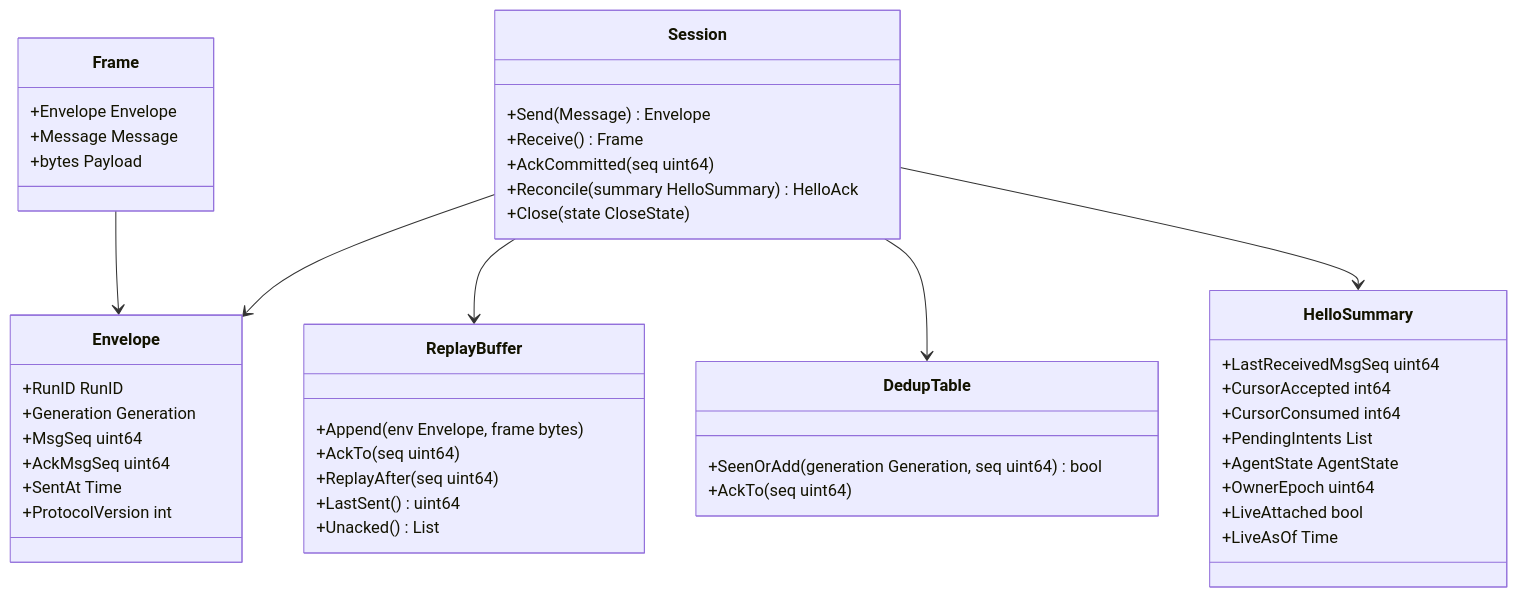
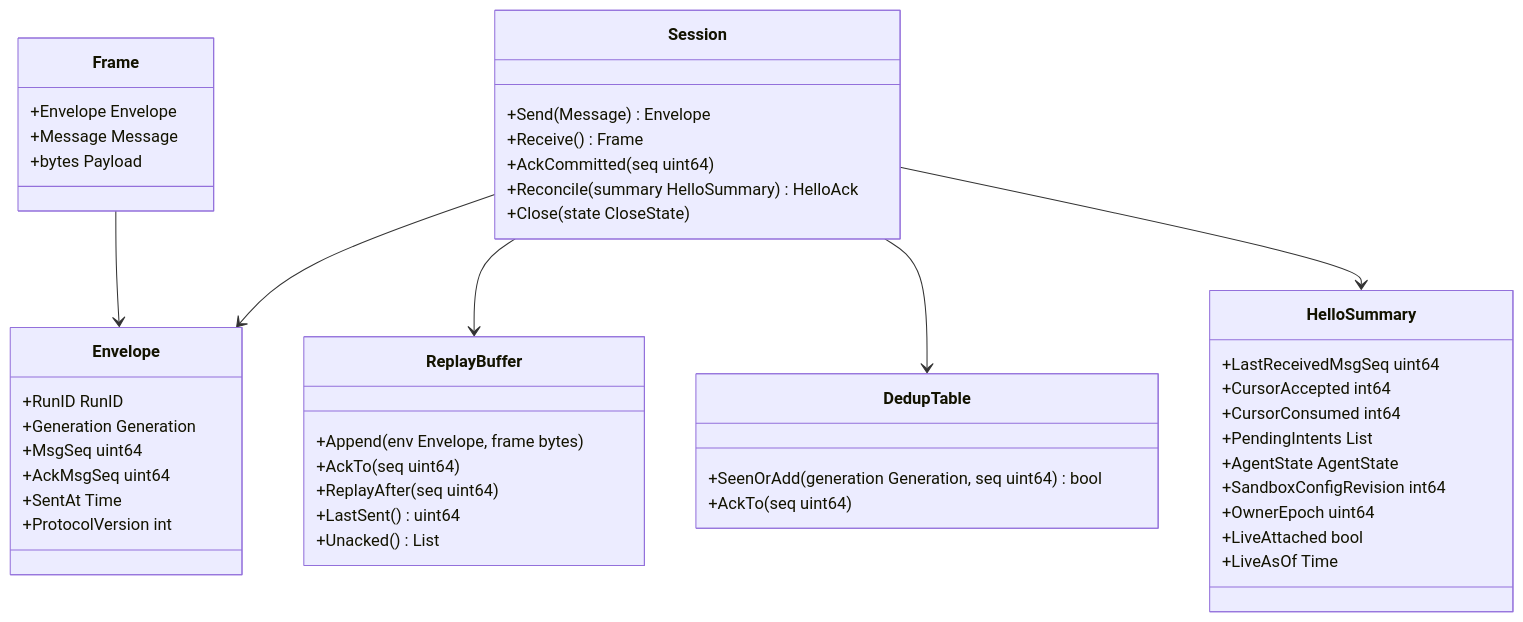
One commit to wangzw/castworks changed the first of 6 diagrams in docs/design/modules/design-agentprotocol.md. Above: the diagram before and after it, drawn with Mermaid. The commit also changed other lines of this file and 37 other files, not shown here.

````diff
--- a/docs/design/modules/design-agentprotocol.md
+++ b/docs/design/modules/design-agentprotocol.md
@@ -129,49 +130,50 @@
 ```mermaid
 classDiagram
     class Envelope {
         +RunID RunID
         +Generation Generation
         +MsgSeq uint64
         +AckMsgSeq uint64
         +SentAt Time
         +ProtocolVersion int
     }
     class Frame {
         +Envelope Envelope
         +Message Message
         +bytes Payload
     }
     class Session {
         +Send(Message) Envelope
         +Receive() Frame
         +AckCommitted(seq uint64)
         +Reconcile(summary HelloSummary) HelloAck
         +Close(state CloseState)
     }
     class ReplayBuffer {
         +Append(env Envelope, frame bytes)
         +AckTo(seq uint64)
         +ReplayAfter(seq uint64)
         +LastSent() uint64
         +Unacked() List
     }
     class DedupTable {
         +SeenOrAdd(generation Generation, seq uint64) bool
         +AckTo(seq uint64)
     }
     class HelloSummary {
         +LastReceivedMsgSeq uint64
         +CursorAccepted int64
         +CursorConsumed int64
         +PendingIntents List
         +AgentState AgentState
+        +SandboxConfigRevision int64
         +OwnerEpoch uint64
         +LiveAttached bool
         +LiveAsOf Time
     }
     Session --> Envelope
     Session --> ReplayBuffer
     Session --> DedupTable
     Session --> HelloSummary
     Frame --> Envelope
 ```
````
